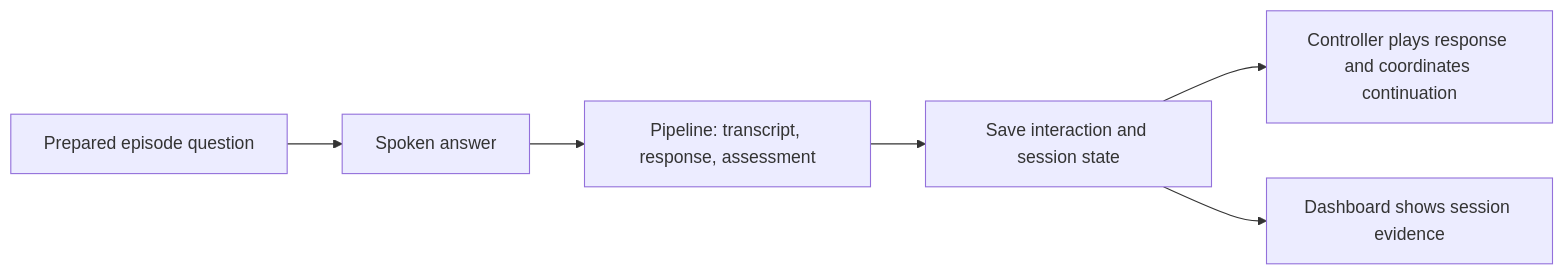
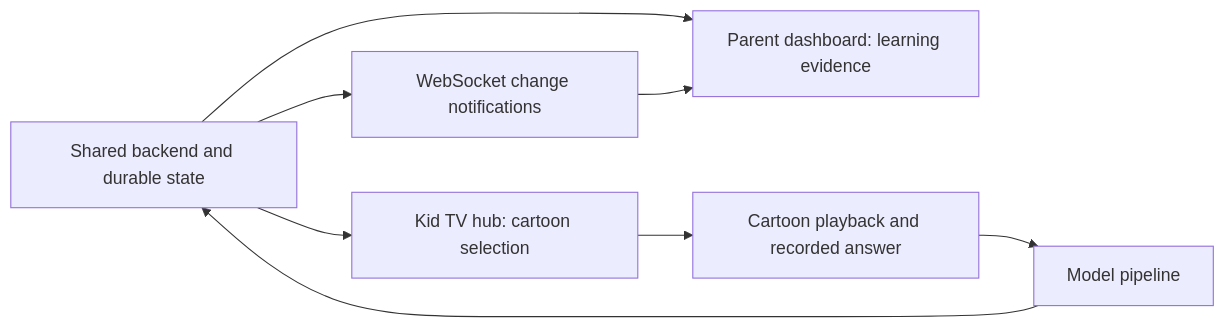
Before and after one commit to luljaj/HackPrincetonFall26: the diagram in learning-progress-plan.md, drawn with Mermaid. The commit also changed other lines of this file and 2 other files, not shown here.

Commit message:
docs: align kid and parent views with realtime evidence updates

````diff
--- a/learning-progress-plan.md
+++ b/learning-progress-plan.md
@@ -21,8 +21,10 @@
 ```mermaid
 flowchart LR
-  E[Prepared episode question] --> A[Spoken answer]
-  A --> P[Pipeline: transcript, response, assessment]
-  P --> S[Save interaction and session state]
-  S --> C[Controller plays response and coordinates continuation]
-  S --> D[Dashboard shows session evidence]
+  B[Shared backend and durable state] --> P[Parent dashboard: learning evidence]
+  B --> K[Kid TV hub: cartoon selection]
+  K --> C[Cartoon playback and recorded answer]
+  C --> L[Model pipeline]
+  L --> B
+  B --> W[WebSocket change notifications]
+  W --> P
 ```
````
